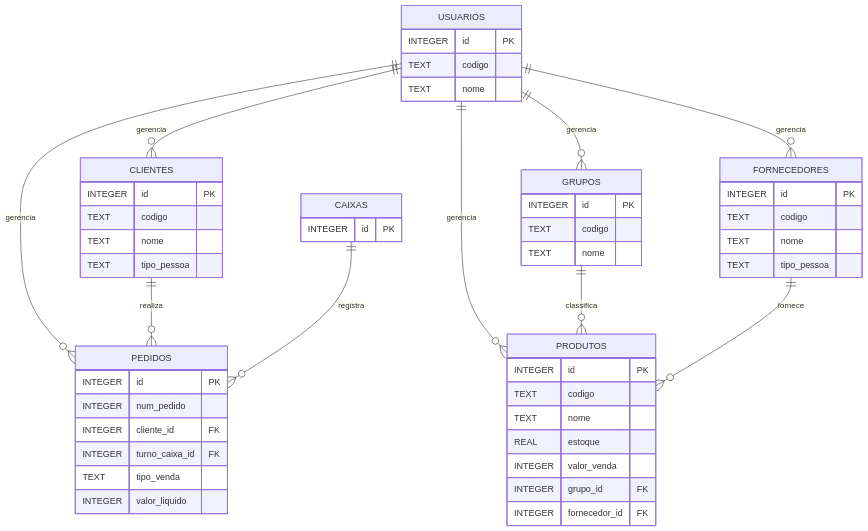
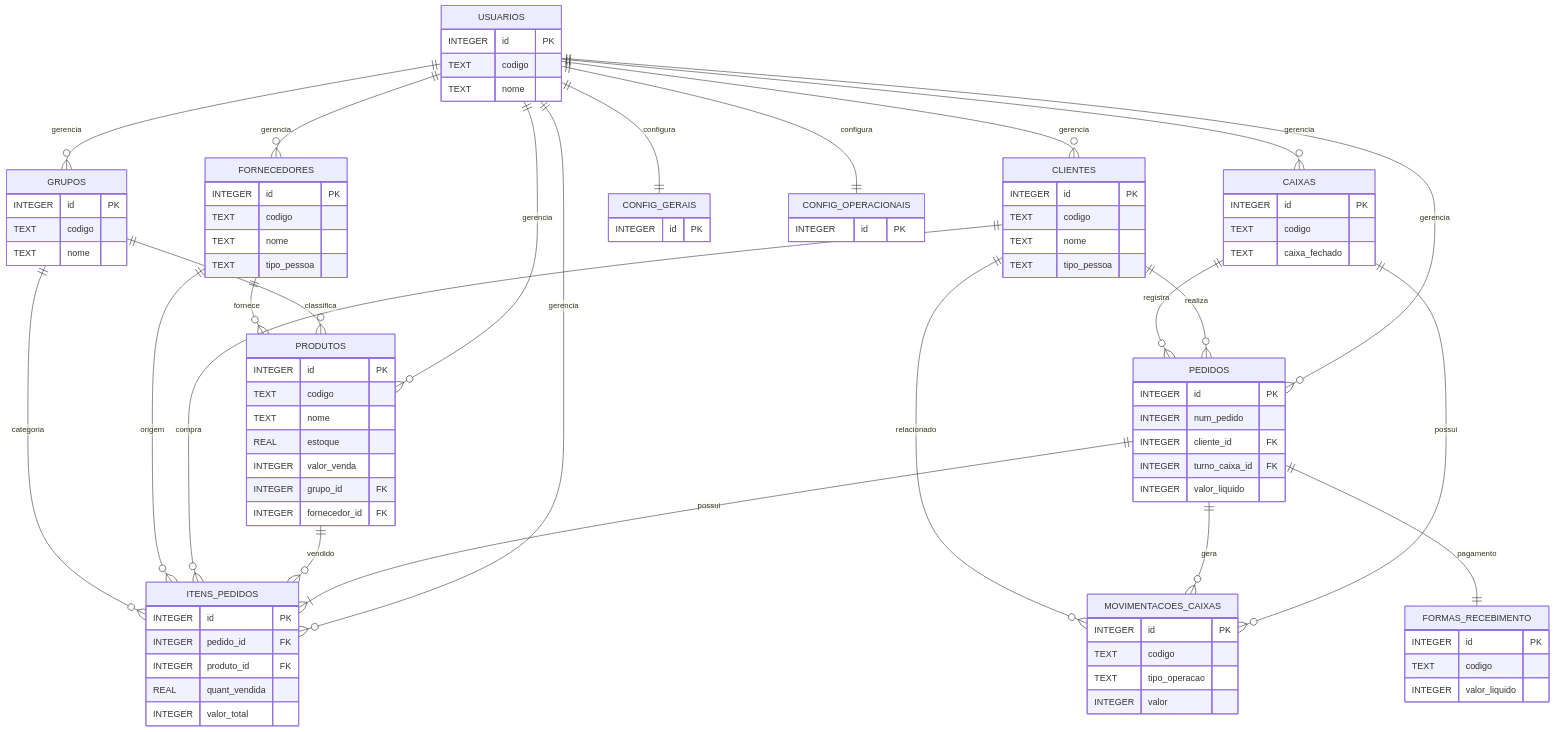
One commit to MarcoAntonioLeal/ERP-automacao-comercial changed the diagram in docs/mer/mer.md. Above: the diagram before and after it, drawn with Mermaid.

````diff
--- a/docs/mer/mer.md
+++ b/docs/mer/mer.md
@@ -3,19 +3,38 @@
 ```mermaid
 erDiagram
 
+    %% Gerenciamento
     USUARIOS ||--o{ CLIENTES : gerencia
     USUARIOS ||--o{ FORNECEDORES : gerencia
     USUARIOS ||--o{ GRUPOS : gerencia
     USUARIOS ||--o{ PRODUTOS : gerencia
     USUARIOS ||--o{ PEDIDOS : gerencia
+    USUARIOS ||--o{ ITENS_PEDIDOS : gerencia
+    USUARIOS ||--o{ CAIXAS : gerencia
+    USUARIOS ||--|| CONFIG_GERAIS : configura
+    USUARIOS ||--|| CONFIG_OPERACIONAIS : configura
 
+    %% Cadastros
     GRUPOS ||--o{ PRODUTOS : classifica
-
     FORNECEDORES ||--o{ PRODUTOS : fornece
 
+    %% Vendas
     CLIENTES ||--o{ PEDIDOS : realiza
+    CAIXAS ||--o{ PEDIDOS : registra
 
-    CAIXAS ||--o{ PEDIDOS : registra
+    PEDIDOS ||--|{ ITENS_PEDIDOS : possui
+    PRODUTOS ||--o{ ITENS_PEDIDOS : vendido
+    CLIENTES ||--o{ ITENS_PEDIDOS : compra
+    FORNECEDORES ||--o{ ITENS_PEDIDOS : origem
+    GRUPOS ||--o{ ITENS_PEDIDOS : categoria
+
+    %% Caixa
+    CAIXAS ||--o{ MOVIMENTACOES_CAIXAS : possui
+    PEDIDOS ||--o{ MOVIMENTACOES_CAIXAS : gera
+    CLIENTES ||--o{ MOVIMENTACOES_CAIXAS : relacionado
+
+    %% Recebimento
+    PEDIDOS ||--|| FORMAS_RECEBIMENTO : pagamento
 
     USUARIOS {
         INTEGER id PK
@@ -58,11 +77,41 @@
         INTEGER num_pedido
         INTEGER cliente_id FK
         INTEGER turno_caixa_id FK
-        TEXT tipo_venda
         INTEGER valor_liquido
+    }
+
+    ITENS_PEDIDOS {
+        INTEGER id PK
+        INTEGER pedido_id FK
+        INTEGER produto_id FK
+        REAL quant_vendida
+        INTEGER valor_total
     }
 
     CAIXAS {
         INTEGER id PK
+        TEXT codigo
+        TEXT caixa_fechado
+    }
+
+    MOVIMENTACOES_CAIXAS {
+        INTEGER id PK
+        TEXT codigo
+        TEXT tipo_operacao
+        INTEGER valor
+    }
+
+    FORMAS_RECEBIMENTO {
+        INTEGER id PK
+        TEXT codigo
+        INTEGER valor_liquido
+    }
+
+    CONFIG_GERAIS {
+        INTEGER id PK
+    }
+
+    CONFIG_OPERACIONAIS {
+        INTEGER id PK
     }
 ```
````
